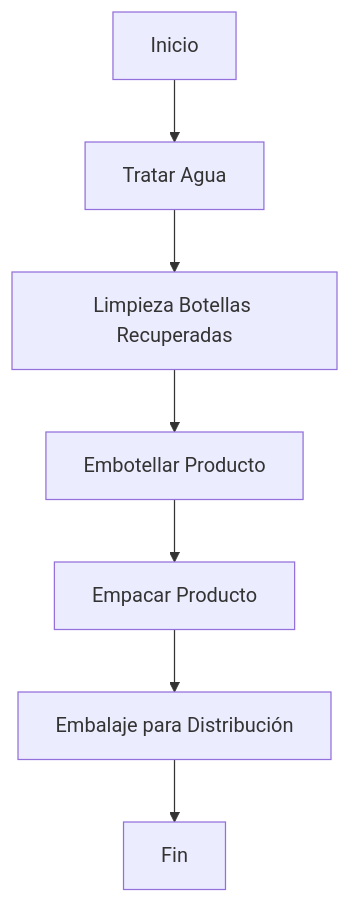
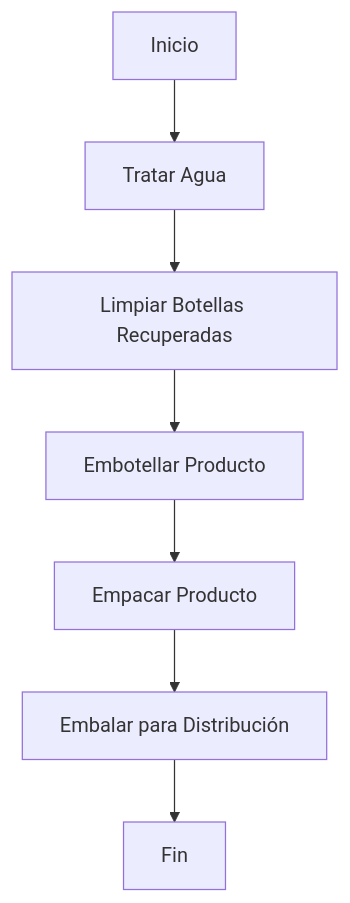
Before and after one commit to NicolasDavila2001/APM-20261S: the diagram in Modulo_1/Readme.md, drawn with Mermaid.

Commit message:
Correct typos in flowchart labels in Readme.md

````diff
--- a/Modulo_1/Readme.md
+++ b/Modulo_1/Readme.md
@@ -12,9 +12,9 @@
 ```mermaid
 flowchart TD
     A[Inicio] --> B[Tratar Agua]
-    B --> C[Limpieza Botellas Recuperadas]
+    B --> C[Limpiar Botellas Recuperadas]
     C --> D[Embotellar Producto]
     D --> E[Empacar Producto]
-    E --> F[Embalaje para Distribución]
+    E --> F[Embalar para Distribución]
     F --> G[Fin]
 ```
````
